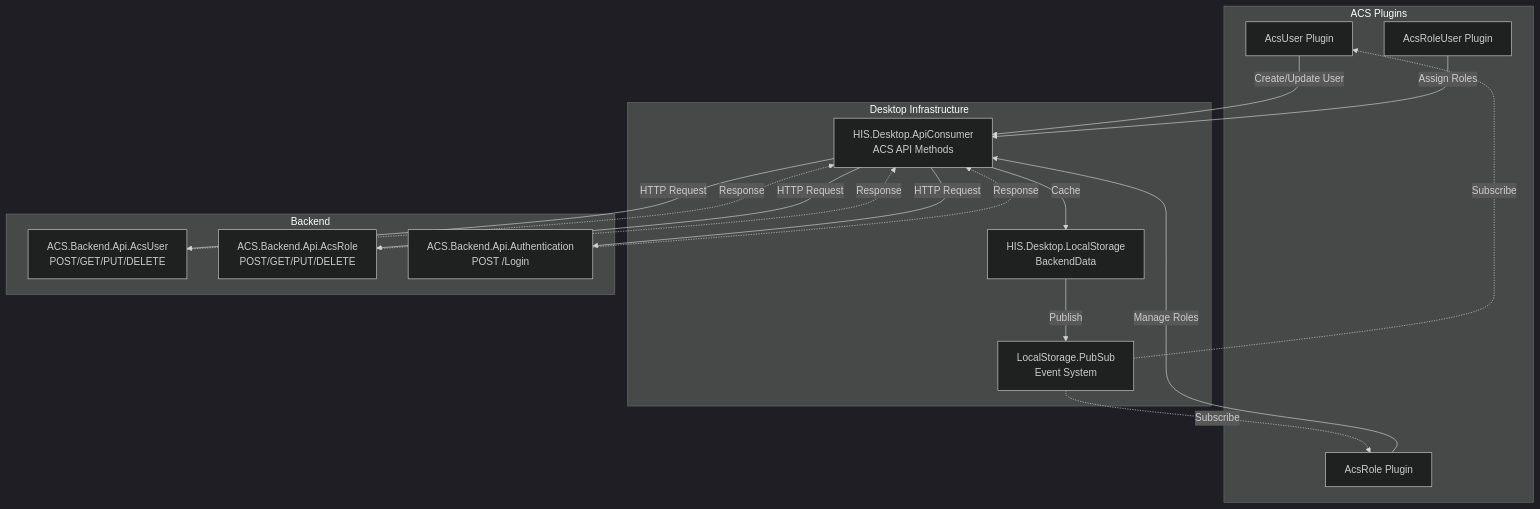
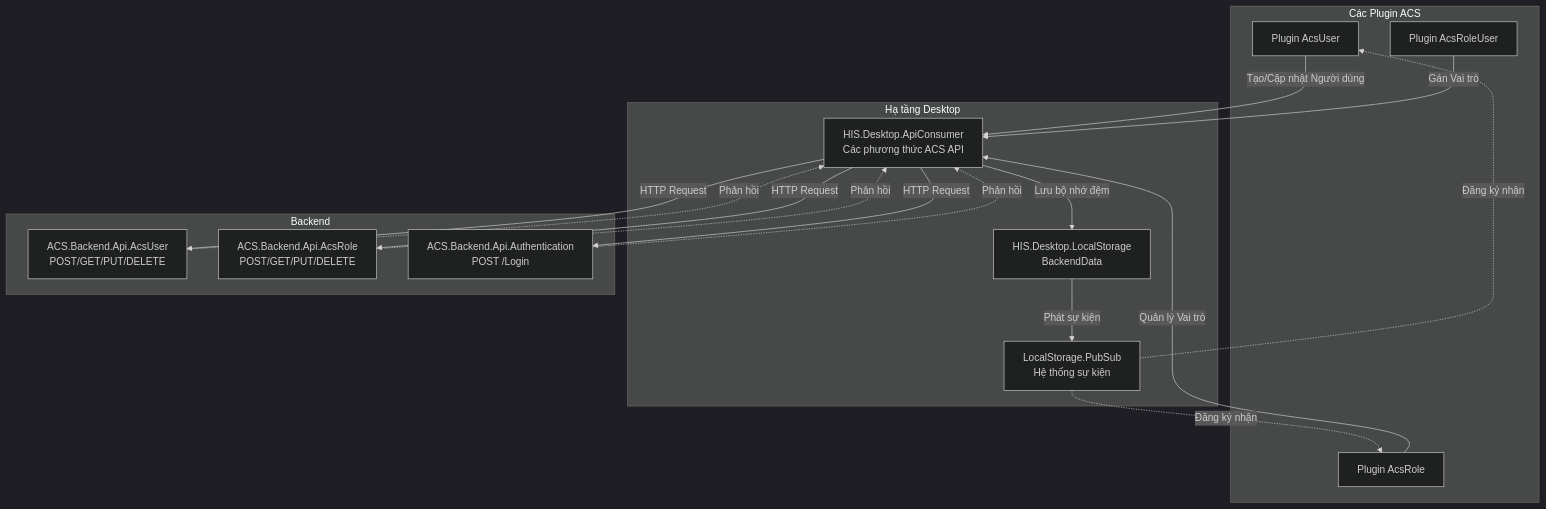
The seventh of 16 diagrams in docs/his-ba-documentation/03-business-domains/administration/access-control.md (thangpnb/HIS), drawn with Mermaid (dark theme) before and after one commit. The commit also changed other lines of this file and 30 other files, not shown here.

Commit message:
Refactor architecture docs and update translations

````diff
--- a/docs/his-ba-documentation/03-business-domains/administration/access-control.md
+++ b/docs/his-ba-documentation/03-business-domains/administration/access-control.md
@@ -357,38 +357,38 @@
 ```mermaid
 graph TB
-    subgraph "ACS Plugins"
-        AcsUser_P["AcsUser Plugin"]
-        AcsRole_P["AcsRole Plugin"]
-        AcsRoleUser_P["AcsRoleUser Plugin"]
+    subgraph "Các Plugin ACS"
+        AcsUser_P["Plugin AcsUser"]
+        AcsRole_P["Plugin AcsRole"]
+        AcsRoleUser_P["Plugin AcsRoleUser"]
     end
     
-    subgraph "Desktop Infrastructure"
-        ApiConsumer["HIS.Desktop.ApiConsumer<br/>ACS API Methods"]
+    subgraph "Hạ tầng Desktop"
+        ApiConsumer["HIS.Desktop.ApiConsumer<br/>Các phương thức ACS API"]
         LocalStorage["HIS.Desktop.LocalStorage<br/>BackendData"]
-        PubSub["LocalStorage.PubSub<br/>Event System"]
+        PubSub["LocalStorage.PubSub<br/>Hệ thống sự kiện"]
     end
     
     subgraph "Backend"
         AcsUserAPI["ACS.Backend.Api.AcsUser<br/>POST/GET/PUT/DELETE"]
         AcsRoleAPI["ACS.Backend.Api.AcsRole<br/>POST/GET/PUT/DELETE"]
         AcsAuthAPI["ACS.Backend.Api.Authentication<br/>POST /Login"]
     end
     
-    AcsUser_P -->|Create/Update User| ApiConsumer
-    AcsRole_P -->|Manage Roles| ApiConsumer
-    AcsRoleUser_P -->|Assign Roles| ApiConsumer
+    AcsUser_P -->|Tạo/Cập nhật Người dùng| ApiConsumer
+    AcsRole_P -->|Quản lý Vai trò| ApiConsumer
+    AcsRoleUser_P -->|Gán Vai trò| ApiConsumer
     
     ApiConsumer -->|HTTP Request| AcsUserAPI
     ApiConsumer -->|HTTP Request| AcsRoleAPI
     ApiConsumer -->|HTTP Request| AcsAuthAPI
     
-    AcsUserAPI -.->|Response| ApiConsumer
-    AcsRoleAPI -.->|Response| ApiConsumer
-    AcsAuthAPI -.->|Response| ApiConsumer
+    AcsUserAPI -.->|Phản hồi| ApiConsumer
+    AcsRoleAPI -.->|Phản hồi| ApiConsumer
+    AcsAuthAPI -.->|Phản hồi| ApiConsumer
     
-    ApiConsumer -->|Cache| LocalStorage
+    ApiConsumer -->|Lưu bộ nhớ đệm| LocalStorage
     
-    LocalStorage -->|Publish| PubSub
-    PubSub -.->|Subscribe| AcsUser_P
-    PubSub -.->|Subscribe| AcsRole_P
+    LocalStorage -->|Phát sự kiện| PubSub
+    PubSub -.->|Đăng ký nhận| AcsUser_P
+    PubSub -.->|Đăng ký nhận| AcsRole_P
 ```
````
